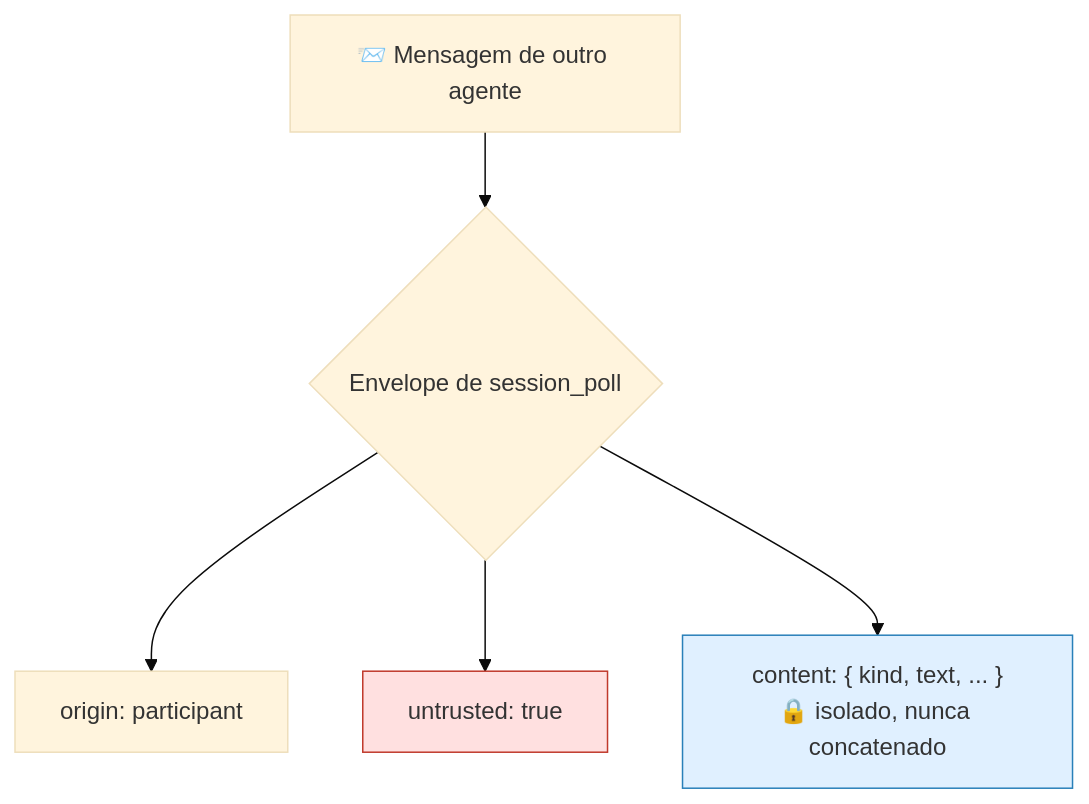
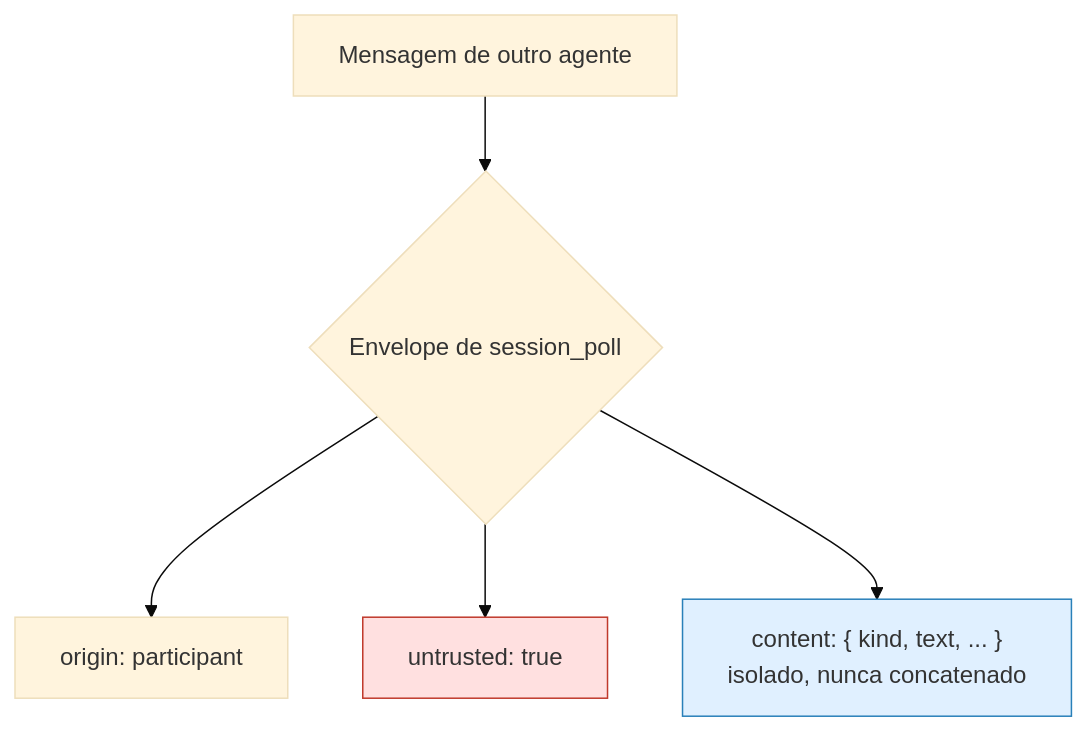
One commit to AndreSantos09/mcp-session-share changed the fourth of 4 diagrams in README.md. Above: the diagram before and after it, drawn with Mermaid (base theme). The commit also changed other lines of this file, not shown here.

````diff
--- a/README.md
+++ b/README.md
@@ -86,9 +86,9 @@
 ```mermaid
 flowchart TD
-    M["📨 Mensagem de outro agente"] --> E{"Envelope de session_poll"}
+    M["Mensagem de outro agente"] --> E{"Envelope de session_poll"}
     E --> O["origin: participant"]
     E --> U["untrusted: true"]
-    E --> C["content: { kind, text, ... }<br/>🔒 isolado, nunca concatenado"]
+    E --> C["content: { kind, text, ... }<br/>isolado, nunca concatenado"]
     style U fill:#ffe0e0,stroke:#c0392b
     style C fill:#e0f0ff,stroke:#2980b9
 ```
````
